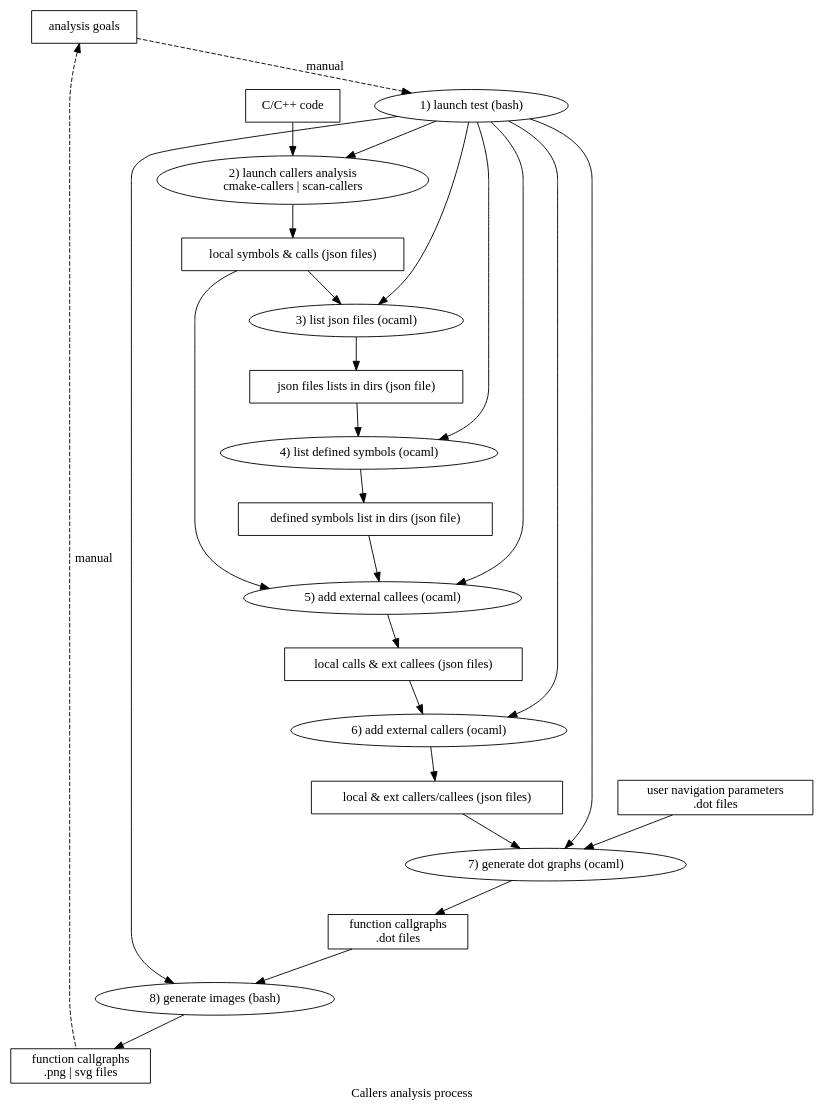
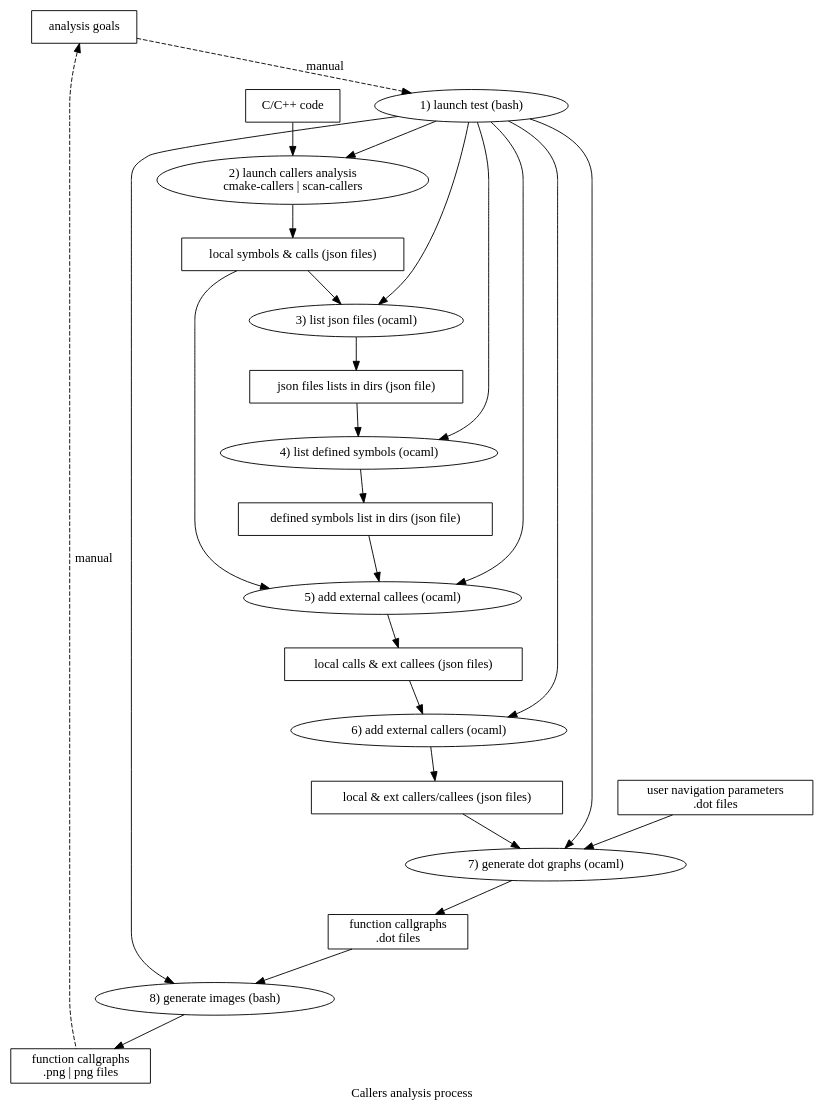
Diagram 11 of 15 in doc/callers.org (hbalp/callers), drawn with Graphviz before and after one commit. The commit also changed other lines of this file, not shown here.

```diff
--- a/doc/callers.org
+++ b/doc/callers.org
@@ -876,7 +876,7 @@
 
 "user config" [ label="user navigation parameters\n.dot files", shape=box, color=black ]
 "dot callgraphs" [ label="function callgraphs\n.dot files", shape=box, color=black ]
-"callgraphs images" [ label="function callgraphs\n.png | svg files", shape=box, color=black ]
+"callgraphs images" [ label="function callgraphs\n.png | png files", shape=box, color=black ]
 
 }
 
```
